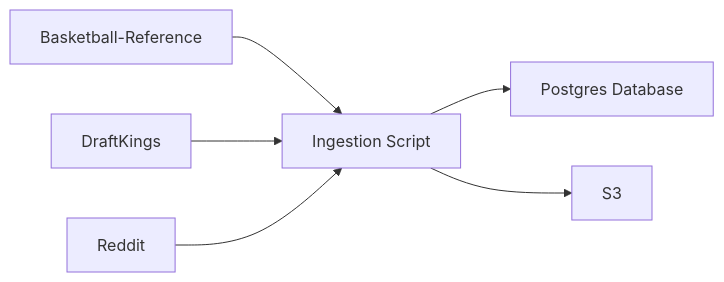
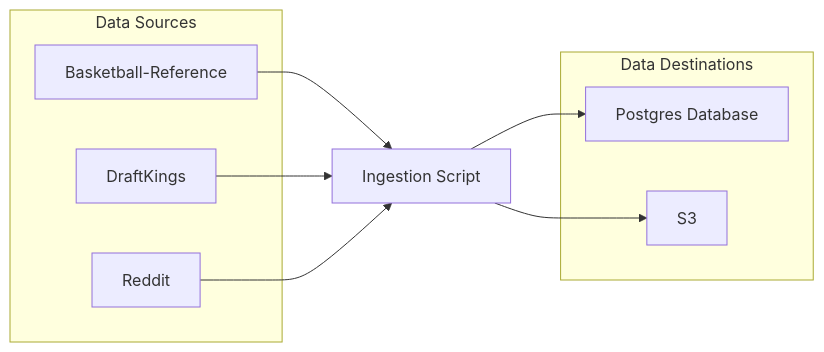
One commit to jyablonski/doqs changed the first of 2 diagrams in src/content/docs/services/ingestion_script.md. Above: the diagram before and after it, drawn with Mermaid. The commit also changed other lines of this file and 9 other files, not shown here.

````diff
--- a/src/content/docs/services/ingestion_script.md
+++ b/src/content/docs/services/ingestion_script.md
@@ -11,8 +11,21 @@
 ``` mermaid
 graph LR
-    A[Basketball-Reference] --> INGEST[Ingestion Script]
-    B[DraftKings] --> INGEST
-    C[Reddit] --> INGEST
-    INGEST --> DB[Postgres Database]
-    INGEST --> S3[S3]
+    subgraph DS[Data Sources]
+        A[Basketball-Reference]
+        B[DraftKings]
+        C[Reddit]
+    end
+
+    subgraph DD[Data Destinations]
+        DB[Postgres Database]
+        S3[S3]
+    end
+
+    A --> INGEST[Ingestion Script]
+    B --> INGEST
+    C --> INGEST
+    INGEST --> DB
+    INGEST --> S3
+
+
 ```
````
